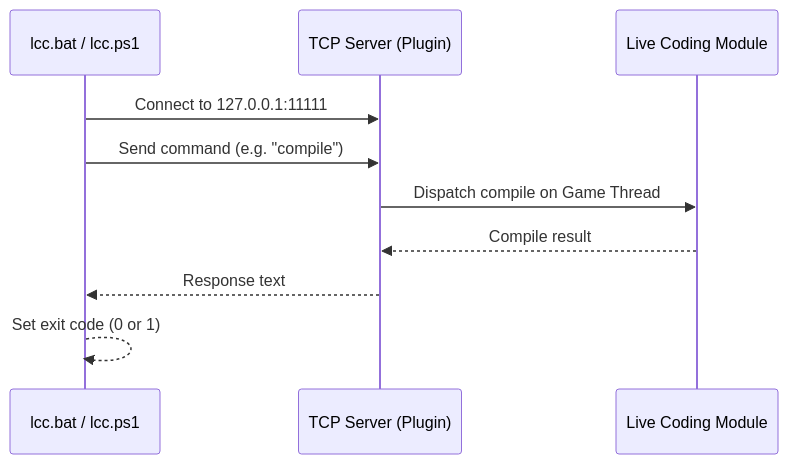
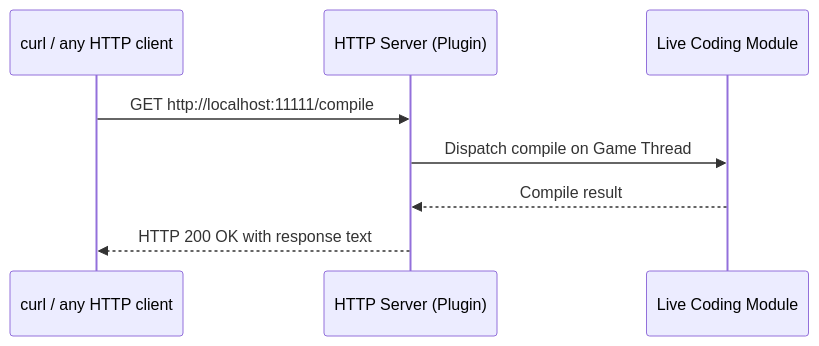
Before and after one commit to mischievouslabs/mischievouslabs.github.io: the diagram in public/assets/docs/support/live-compile-remote.md, drawn with Mermaid. The commit also changed other lines of this file and 1 other file, not shown here.

Commit message:
updated docs for live code remote

````diff
--- a/public/assets/docs/support/live-compile-remote.md
+++ b/public/assets/docs/support/live-compile-remote.md
@@ -29,13 +36,11 @@
 ```mermaid
 sequenceDiagram
-    participant CLI as lcc.bat / lcc.ps1
-    participant TCP as TCP Server (Plugin)
+    participant CLI as curl / any HTTP client
+    participant HTTP as HTTP Server (Plugin)
     participant LC as Live Coding Module
 
-    CLI->>TCP: Connect to 127.0.0.1:11111
-    CLI->>TCP: Send command (e.g. "compile")
-    TCP->>LC: Dispatch compile on Game Thread
-    LC-->>TCP: Compile result
-    TCP-->>CLI: Response text
-    CLI-->>CLI: Set exit code (0 or 1)
+    CLI->>HTTP: GET http://localhost:11111/compile
+    HTTP->>LC: Dispatch compile on Game Thread
+    LC-->>HTTP: Compile result
+    HTTP-->>CLI: HTTP 200 OK with response text
 ```
````
